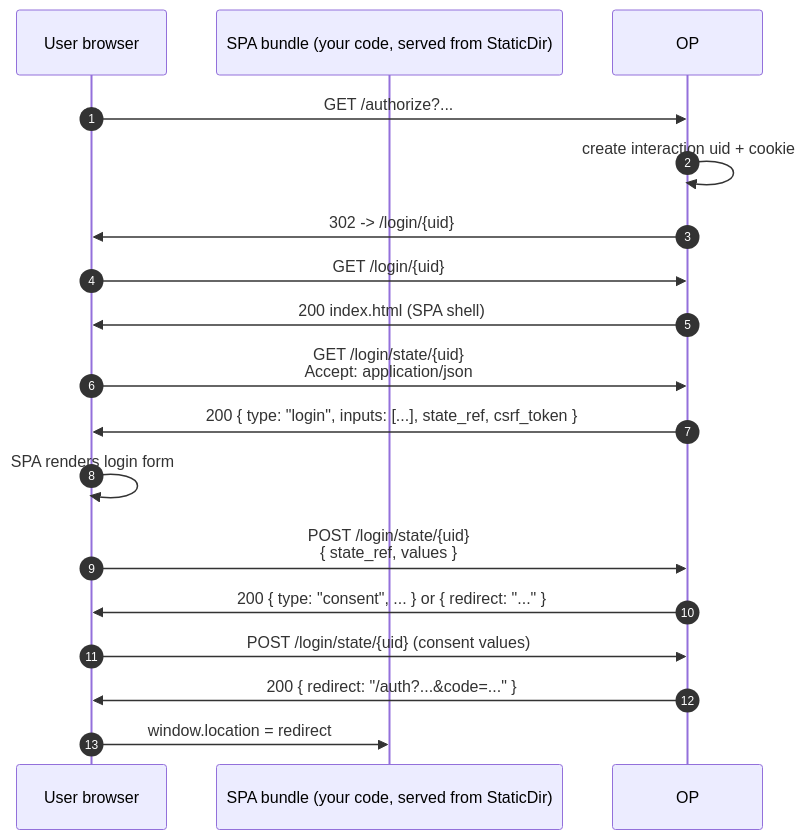
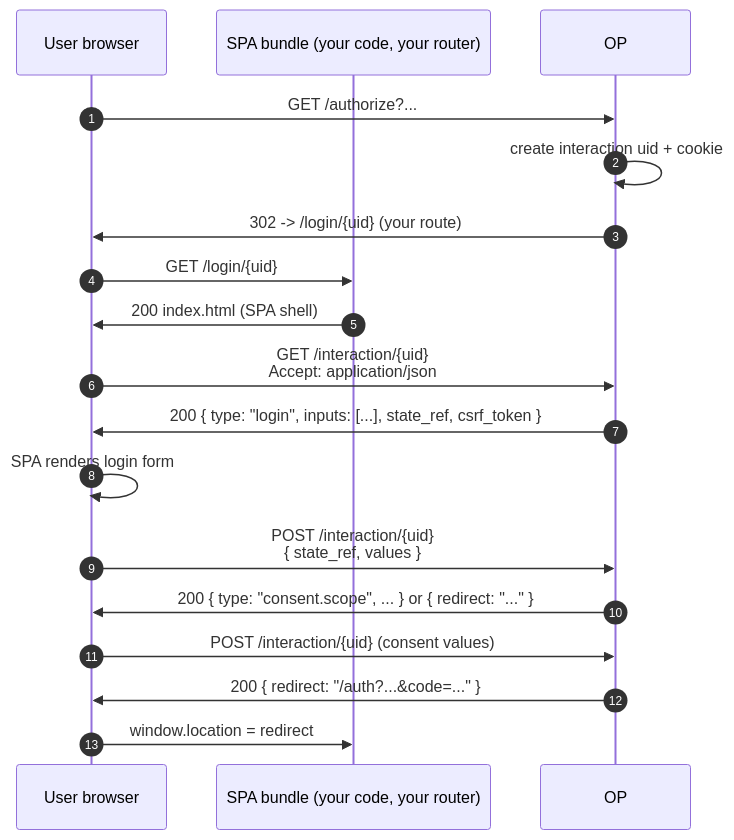
Before and after one commit to libraz/go-oidc-provider-homepage: the diagram in src/use-cases/spa-custom-interaction.md, drawn with Mermaid. The commit also changed other lines of this file and 130 other files, not shown here.

````diff
--- a/src/use-cases/spa-custom-interaction.md
+++ b/src/use-cases/spa-custom-interaction.md
@@ -44,21 +48,21 @@
 ```mermaid
 sequenceDiagram
     autonumber
     participant U as User browser
-    participant SPA as SPA bundle (your code, served from StaticDir)
+    participant SPA as SPA bundle (your code, your router)
     participant OP as OP
 
     U->>OP: GET /authorize?...
     OP->>OP: create interaction uid + cookie
-    OP->>U: 302 -> /login/{uid}
-    U->>OP: GET /login/{uid}
-    OP->>U: 200 index.html (SPA shell)
-    U->>OP: GET /login/state/{uid}<br/>Accept: application/json
+    OP->>U: 302 -> /login/{uid} (your route)
+    U->>SPA: GET /login/{uid}
+    SPA->>U: 200 index.html (SPA shell)
+    U->>OP: GET /interaction/{uid}<br/>Accept: application/json
     OP->>U: 200 { type: "login", inputs: [...], state_ref, csrf_token }
     U->>U: SPA renders login form
-    U->>OP: POST /login/state/{uid}<br/>{ state_ref, values }
-    OP->>U: 200 { type: "consent", ... } or { redirect: "..." }
-    U->>OP: POST /login/state/{uid} (consent values)
+    U->>OP: POST /interaction/{uid}<br/>{ state_ref, values }
+    OP->>U: 200 { type: "consent.scope", ... } or { redirect: "..." }
+    U->>OP: POST /interaction/{uid} (consent values)
     OP->>U: 200 { redirect: "/auth?...&code=..." }
     U->>SPA: window.location = redirect
 ```
````
